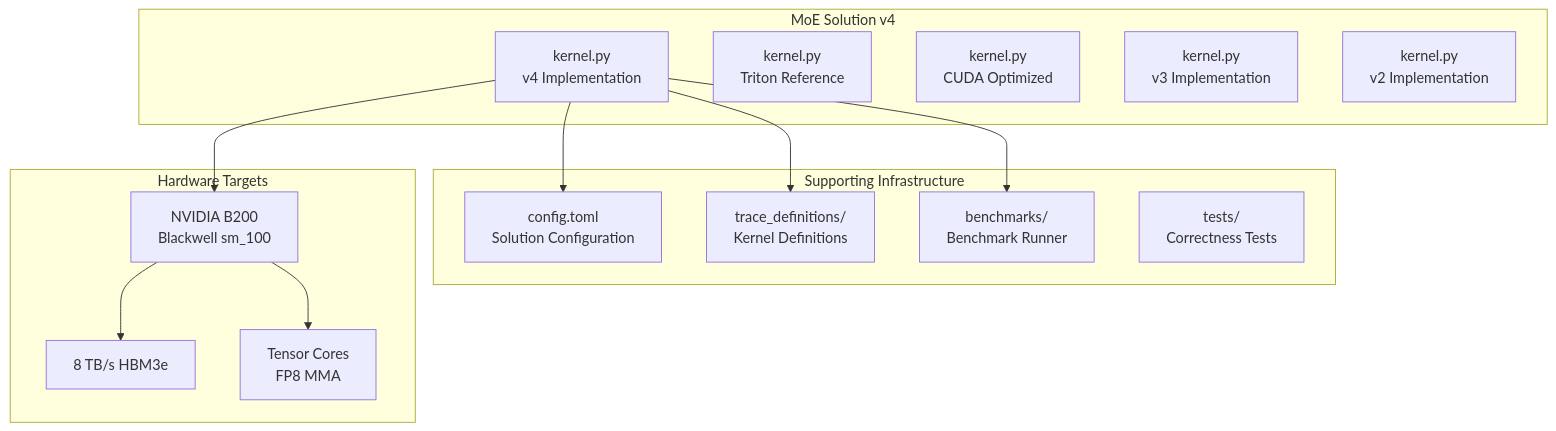
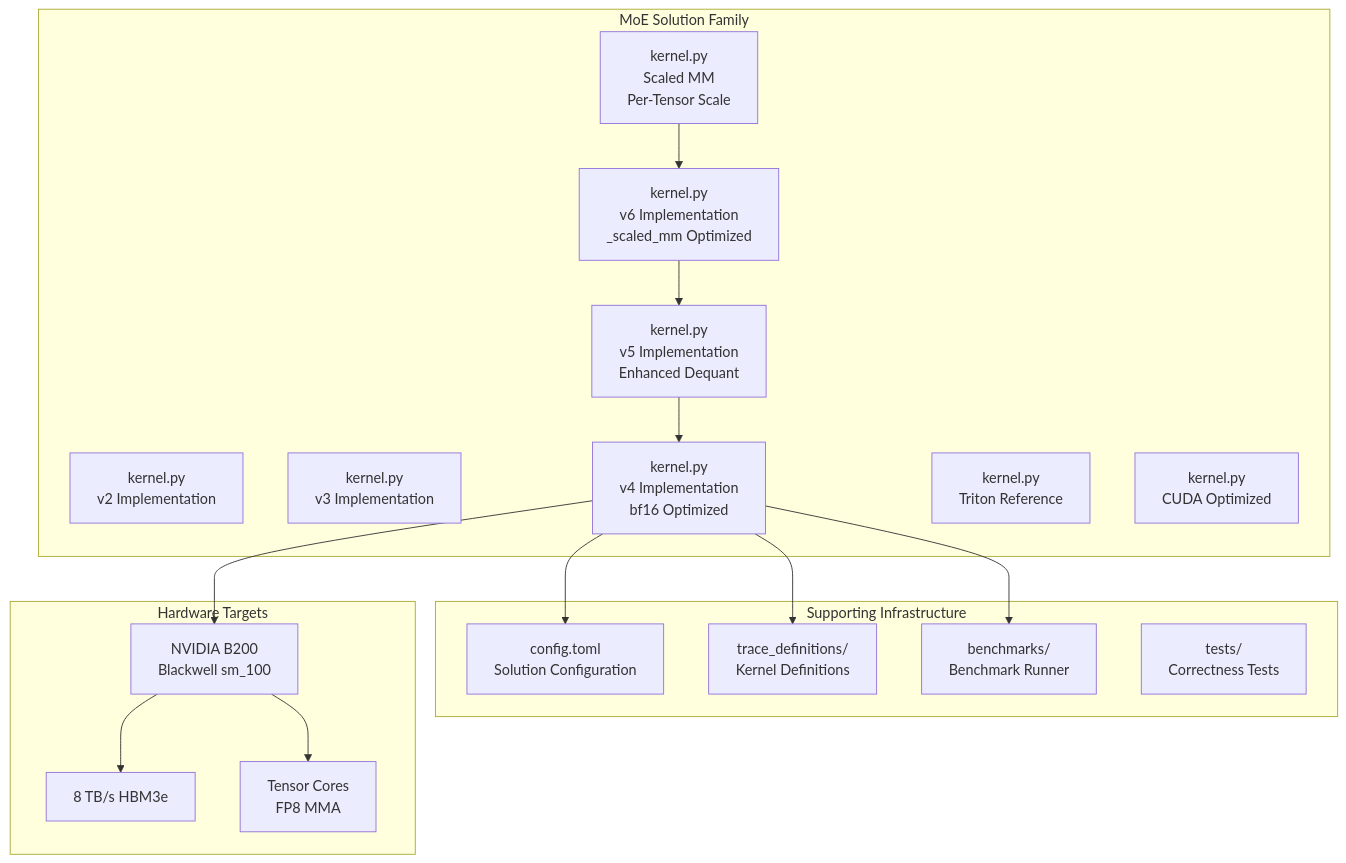
The first of 9 diagrams in .qoder/repowiki/en/content/Core Kernels/MoE Solution v4 Kernel Implementation.md (gugudeshubao/flashinfer-bench-tma-thrust), drawn with Mermaid before and after one commit. The commit also changed other lines of this file and 19 other files, not shown here.

````diff
--- a/.qoder/repowiki/en/content/Core Kernels/MoE Solution v4 Kernel Implementation.md
+++ b/.qoder/repowiki/en/content/Core Kernels/MoE Solution v4 Kernel Implementation.md
@@ -37,27 +51,33 @@
 ```mermaid
 graph TB
-subgraph "MoE Solution v4"
-V4[kernel.py<br/>v4 Implementation]
+subgraph "MoE Solution Family"
+V2[kernel.py<br/>v2 Implementation]
+V3[kernel.py<br/>v3 Implementation]
+V4[kernel.py<br/>v4 Implementation<br/>bf16 Optimized]
+V5[kernel.py<br/>v5 Implementation<br/>Enhanced Dequant]
+V6[kernel.py<br/>v6 Implementation<br/>_scaled_mm Optimized]
+SCMK[kernel.py<br/>Scaled MM<br/>Per-Tensor Scale]
 TRITON[kernel.py<br/>Triton Reference]
 CUDA[kernel.py<br/>CUDA Optimized]
-V3[kernel.py<br/>v3 Implementation]
-V2[kernel.py<br/>v2 Implementation]
 end
 subgraph "Supporting Infrastructure"
 CONFIG[config.toml<br/>Solution Configuration]
 TRACE[trace_definitions/<br/>Kernel Definitions]
 BENCH[benchmarks/<br/>Benchmark Runner]
 TEST[tests/<br/>Correctness Tests]
 end
 subgraph "Hardware Targets"
 B200[NVIDIA B200<br/>Blackwell sm_100]
 HBM3e[8 TB/s HBM3e]
 TC[Tensor Cores<br/>FP8 MMA]
 end
 V4 --> CONFIG
 V4 --> TRACE
 V4 --> BENCH
 V4 --> B200
+V5 --> V4
+V6 --> V5
+SCMK --> V6
 B200 --> HBM3e
 B200 --> TC
 ```
````
